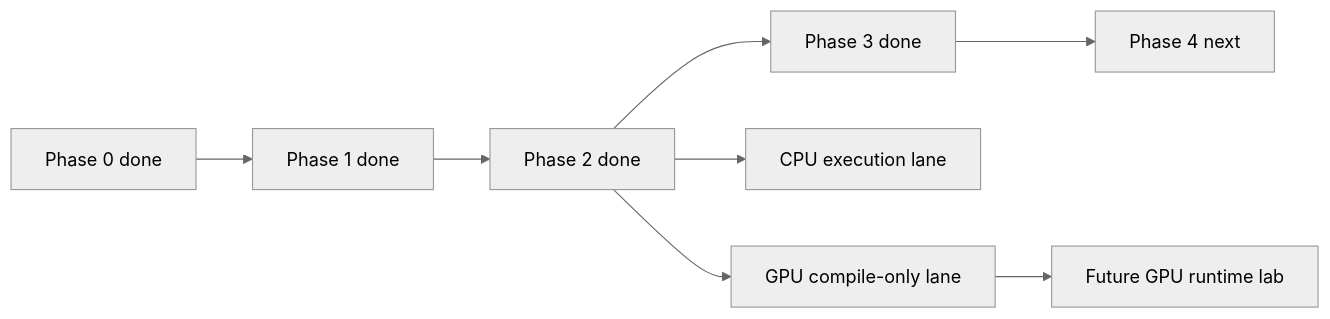
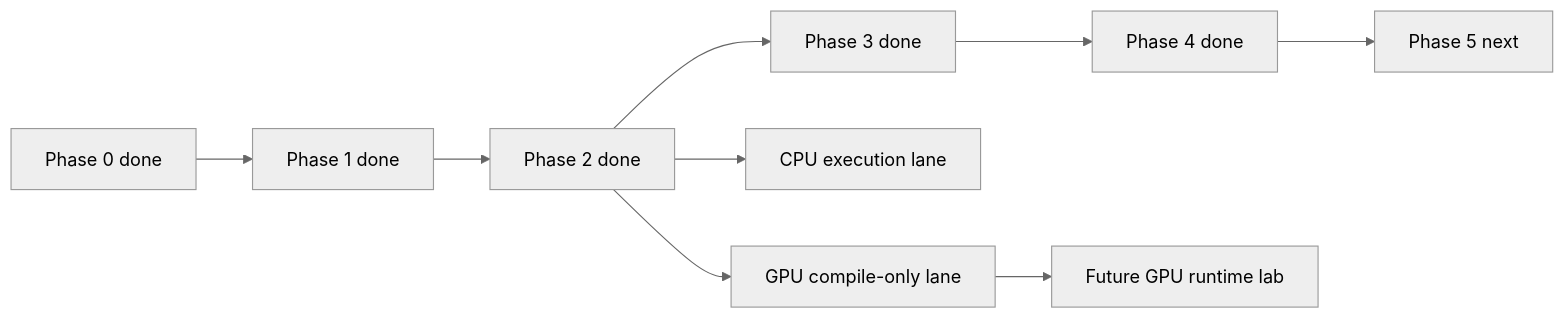
The diagram in murali_docs/Plan_max_internals_learning.md (Murali806/modular), drawn with Mermaid (neutral theme) before and after one commit. The commit also changed other lines of this file and 5 other files, not shown here.

````diff
--- a/murali_docs/Plan_max_internals_learning.md
+++ b/murali_docs/Plan_max_internals_learning.md
@@ -52,8 +53,8 @@
 ```mermaid
 flowchart LR
     P0[Phase 0 done] --> P1[Phase 1 done] --> P2[Phase 2 done]
-    P2 --> P3[Phase 3 done] --> P4[Phase 4 next]
+    P2 --> P3[Phase 3 done] --> P4[Phase 4 done] --> P5[Phase 5 next]
     P2 --> CPU[CPU execution lane]
     P2 --> VC[GPU compile-only lane]
     VC --> GL[Future GPU runtime lab]
 ```
````
